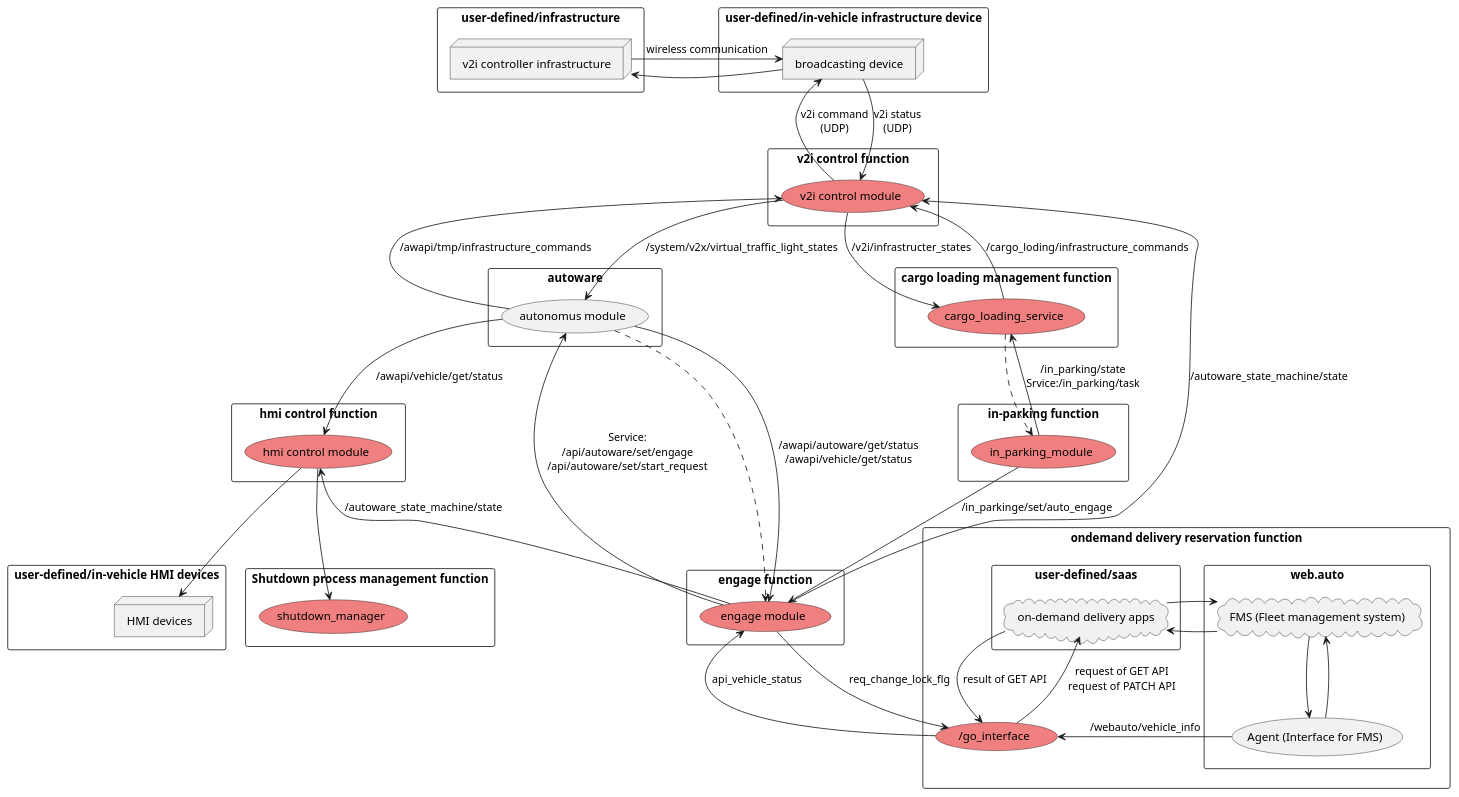
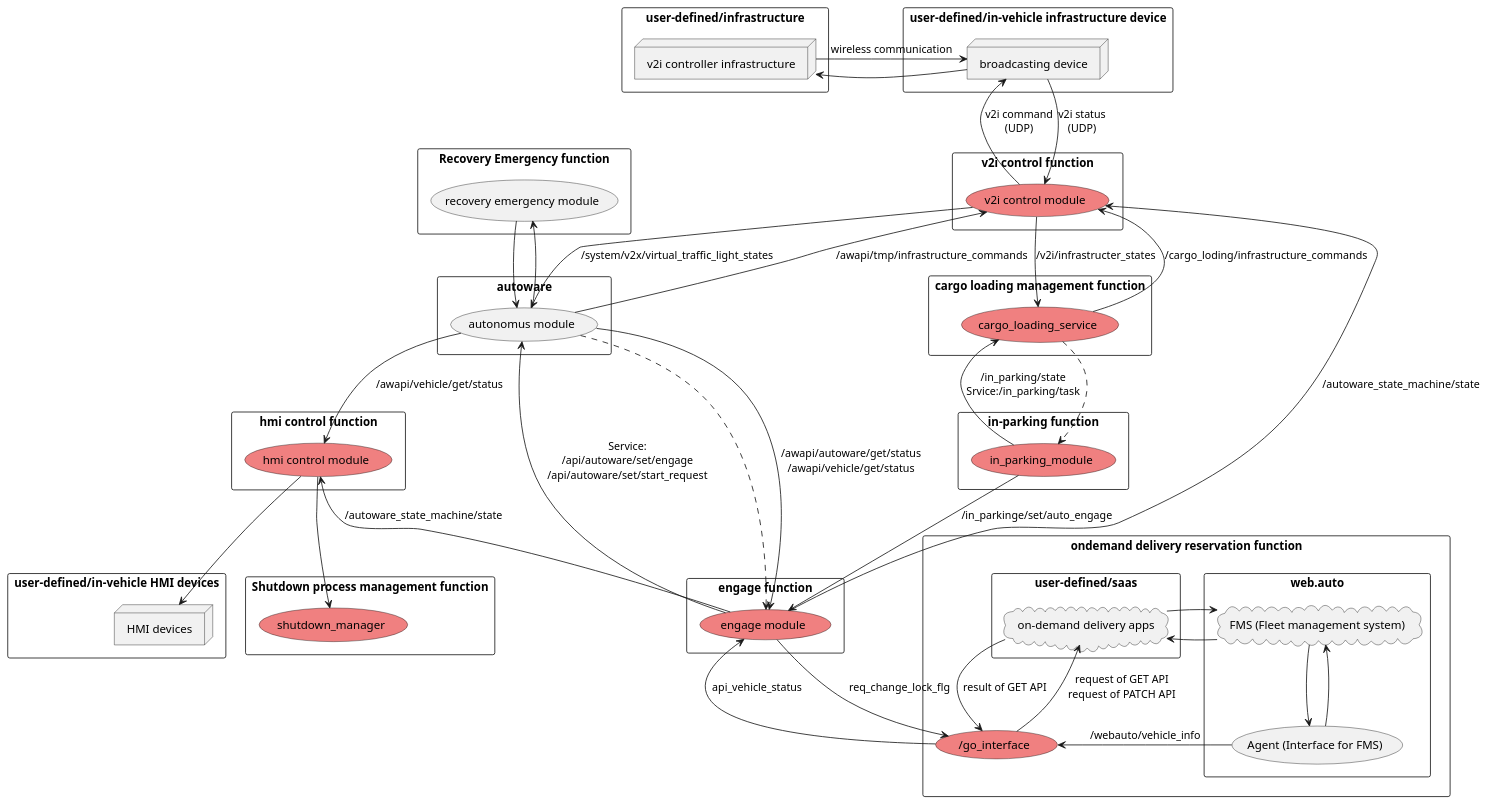
Before and after one commit to eve-autonomy/proj_launch: the diagram in docs/module_graph.pu, drawn with PlantUML.

Commit message:
update recovery emergency module

```diff
--- a/docs/module_graph.pu
+++ b/docs/module_graph.pu
@@ -1,96 +1,101 @@
 @startuml
 rectangle "autoware" {
   usecase "autonomus module"
 }
 
 rectangle "v2i control function" {
   usecase "v2i control module" #LightCoral
 }
 rectangle "user-defined/in-vehicle infrastructure device" {
     node "broadcasting device"
 }
 rectangle "user-defined/infrastructure" {
     node "v2i controller infrastructure"
 }
 
 rectangle "in-parking function" {
     usecase "in_parking_module" #LightCoral
 }
 
 rectangle "engage function"{
     usecase "engage module"  #LightCoral
 }
 
 rectangle "cargo loading management function"{
   usecase "cargo_loading_service"  #LightCoral
+}
+
+rectangle "Recovery Emergency function"{
+  usecase "recovery emergency module"
 }
 
 rectangle "ondemand delivery reservation function" {
   rectangle "web.auto" {
     cloud "FMS (Fleet management system)" as FMS
     usecase "Agent (Interface for FMS)" as Agent
   }
   rectangle "user-defined/saas" {
     cloud "on-demand delivery apps" as DeliveryApp
   }
   usecase "/go_interface" #LightCoral
 }
 
 rectangle "Shutdown process management function" {
     usecase "shutdown_manager" #LightCoral
 }
 
 rectangle "hmi control function" {
   usecase "hmi control module" #LightCoral
 }
 
   rectangle "user-defined/in-vehicle HMI devices" {
     node "HMI devices"
   }
 
 (v2i controller infrastructure) -right-> (broadcasting device) : wireless communication
 (v2i controller infrastructure) <-right- (broadcasting device) : " "
 
 
 
 (broadcasting device) <-- (v2i control module) : v2i command\n(UDP)
 (broadcasting device) --> (v2i control module) : v2i status\n(UDP)
 
 (v2i control module) --> (cargo_loading_service) : /v2i/infrastructer_states
 (v2i control module) <-- (cargo_loading_service) : /cargo_loding/infrastructure_commands
 (v2i control module) <-- (engage module) : /autoware_state_machine/state
 
 (engage module) -> (/go_interface) : req_change_lock_flg
 (engage module) <-- (/go_interface) : api_vehicle_status
 
 (cargo_loading_service) <-- (in_parking_module) : /in_parking/state\nSrvice:/in_parking/task
 (cargo_loading_service) .-> (in_parking_module) : " "
 
 
 (in_parking_module) --> (engage module) : /in_parkinge/set/auto_engage
 
 (v2i control module) <-- (autonomus module)  : /awapi/tmp/infrastructure_commands
 (v2i control module) --> (autonomus module)  : /system/v2x/virtual_traffic_light_states
-
+(recovery emergency module) --> (autonomus module)
+(recovery emergency module) <-- (autonomus module)
 
 (autonomus module) <--- (engage module) : Service:\n/api/autoware/set/engage\n/api/autoware/set/start_request
 (autonomus module) .--> (engage module) 
 
 (autonomus module) --> (hmi control module) : /awapi/vehicle/get/status
 
 (FMS) -> (DeliveryApp)
 (FMS) <- (DeliveryApp)
 (FMS) --> (Agent)
 (FMS) <-- (Agent)
 (Agent) -> (/go_interface) : /webauto/vehicle_info
 (DeliveryApp) -->  (/go_interface) : result of GET API
 (DeliveryApp) <-- (/go_interface) : request of GET API\nrequest of PATCH API
 
 (hmi control module) <-- (engage module) : /autoware_state_machine/state
 
 (hmi control module) --> (HMI devices)
 (hmi control module)--> (shutdown_manager)
 
 (autonomus module) --> (engage module) : /awapi/autoware/get/status\n/awapi/vehicle/get/status
 
 @enduml
```
